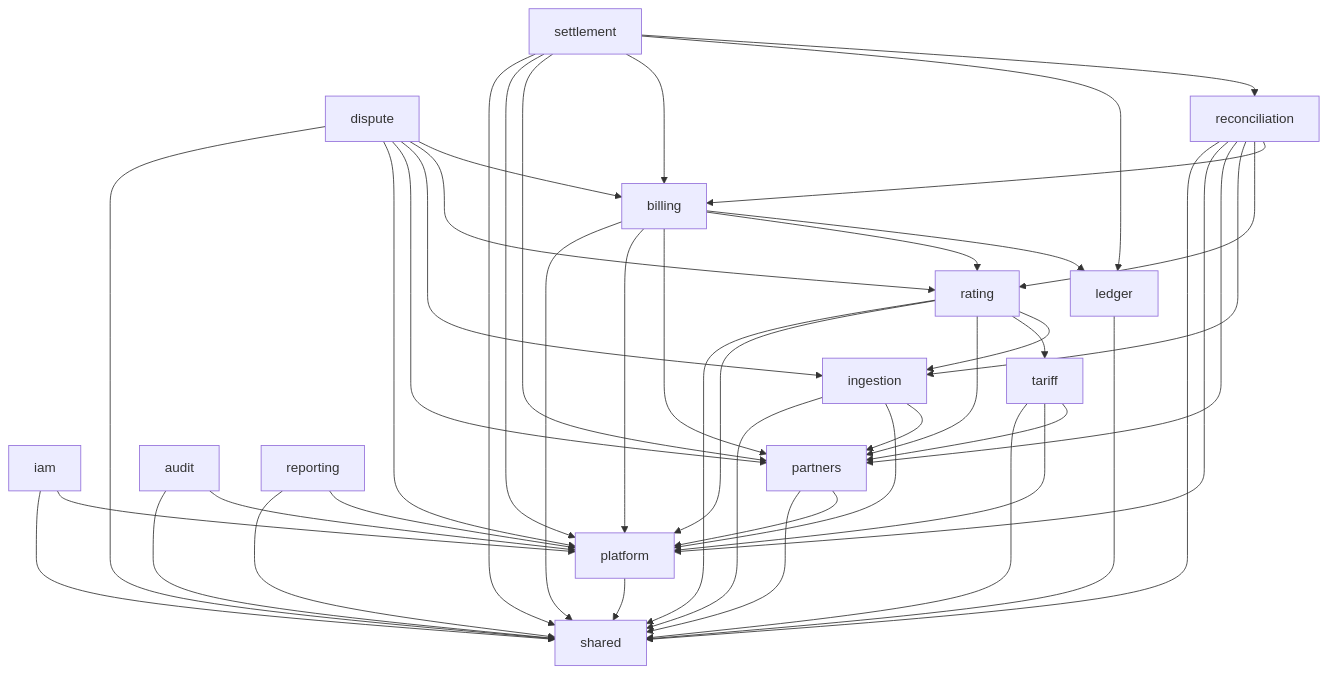
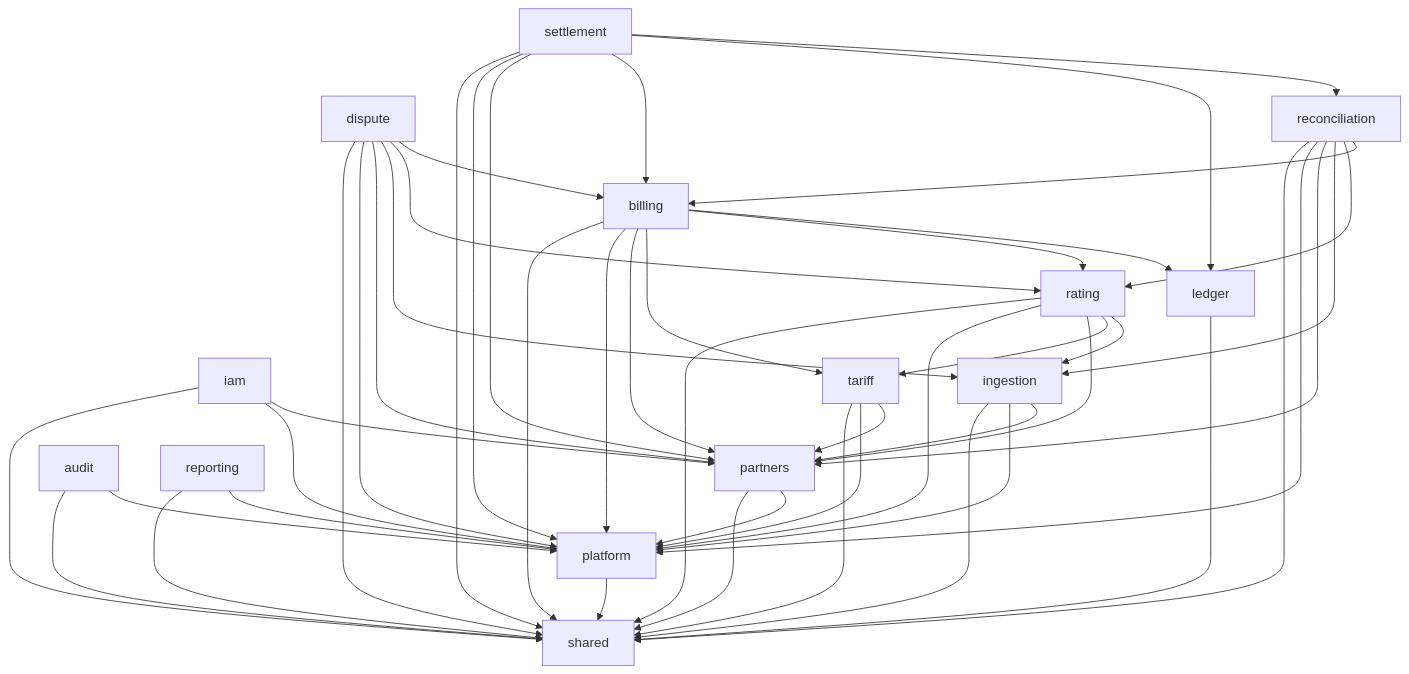
The diagram in docs/03-architecture.md (kartik00052/voltreckon), drawn with Mermaid before and after one commit. The commit also changed other lines of this file and 17 other files, not shown here.

````diff
--- a/docs/03-architecture.md
+++ b/docs/03-architecture.md
@@ -61,48 +62,50 @@
 ```mermaid
 flowchart TD
   shared[shared]
   platform[platform] --> shared
+  partners[partners] --> shared
+  partners --> platform
   iam[iam] --> shared
   iam --> platform
-  partners[partners] --> shared
-  partners --> platform
+  iam --> partners
   tariff[tariff] --> shared
   tariff --> platform
   tariff --> partners
   ingestion[ingestion] --> shared
   ingestion --> platform
   ingestion --> partners
   ledger[ledger] --> shared
   rating[rating] --> shared
   rating --> platform
   rating --> partners
   rating --> tariff
   rating --> ingestion
   billing[billing] --> shared
   billing --> platform
   billing --> partners
+  billing --> tariff
   billing --> rating
   billing --> ledger
   dispute[dispute] --> shared
   dispute --> platform
   dispute --> partners
   dispute --> ingestion
   dispute --> rating
   dispute --> billing
   reconciliation[reconciliation] --> shared
   reconciliation --> platform
   reconciliation --> partners
   reconciliation --> ingestion
   reconciliation --> rating
   reconciliation --> billing
   settlement[settlement] --> shared
   settlement --> platform
   settlement --> partners
   settlement --> billing
   settlement --> ledger
   settlement --> reconciliation
   audit[audit] --> shared
   audit --> platform
   reporting[reporting] --> shared
   reporting --> platform
 ```
````
